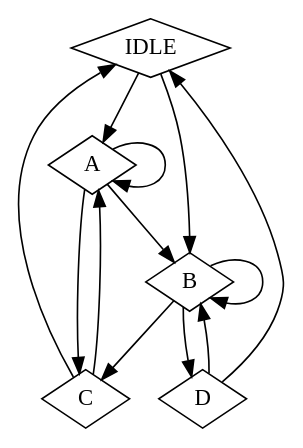
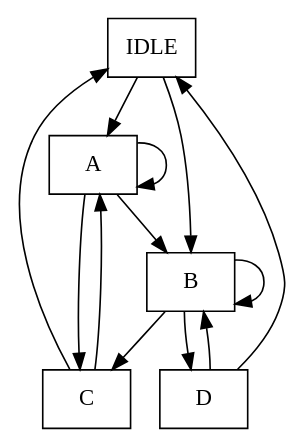
Before and after one commit to stepannotuser/ugrasp_mode: the diagram in README.md, drawn with Graphviz. The commit also changed other lines of this file and 36 other files, not shown here.

`````diff
--- a/README.md
+++ b/README.md
@@ -59,17 +65,17 @@
 ```dot
 digraph FSM {
     
-    node [shape=diamond];    
+    node [shape=elipse];    
     rank=max;
     IDLE;
 
     rank=med;
     // --selections--
     A -> {A B C};
     B -> {B C D};
     IDLE -> {A B};
     C    -> {A IDLE };
     D    -> {B IDLE };
 
 }
 ````
`````
